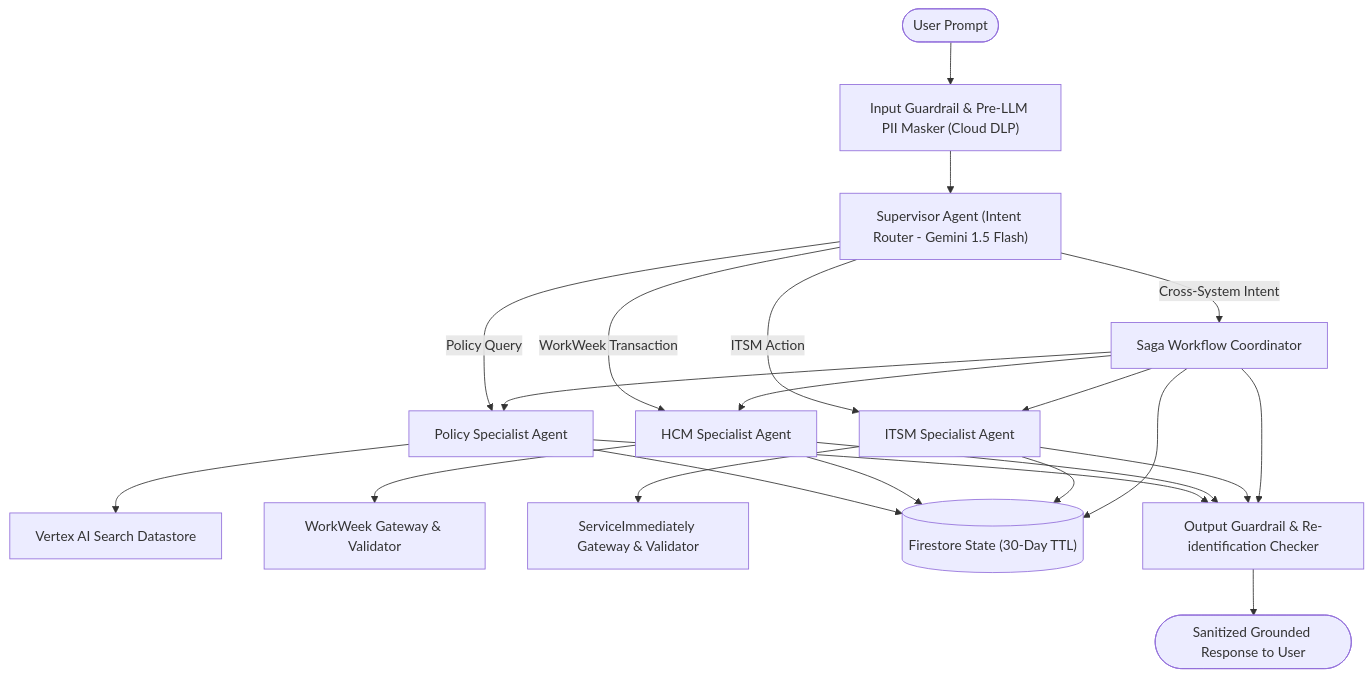
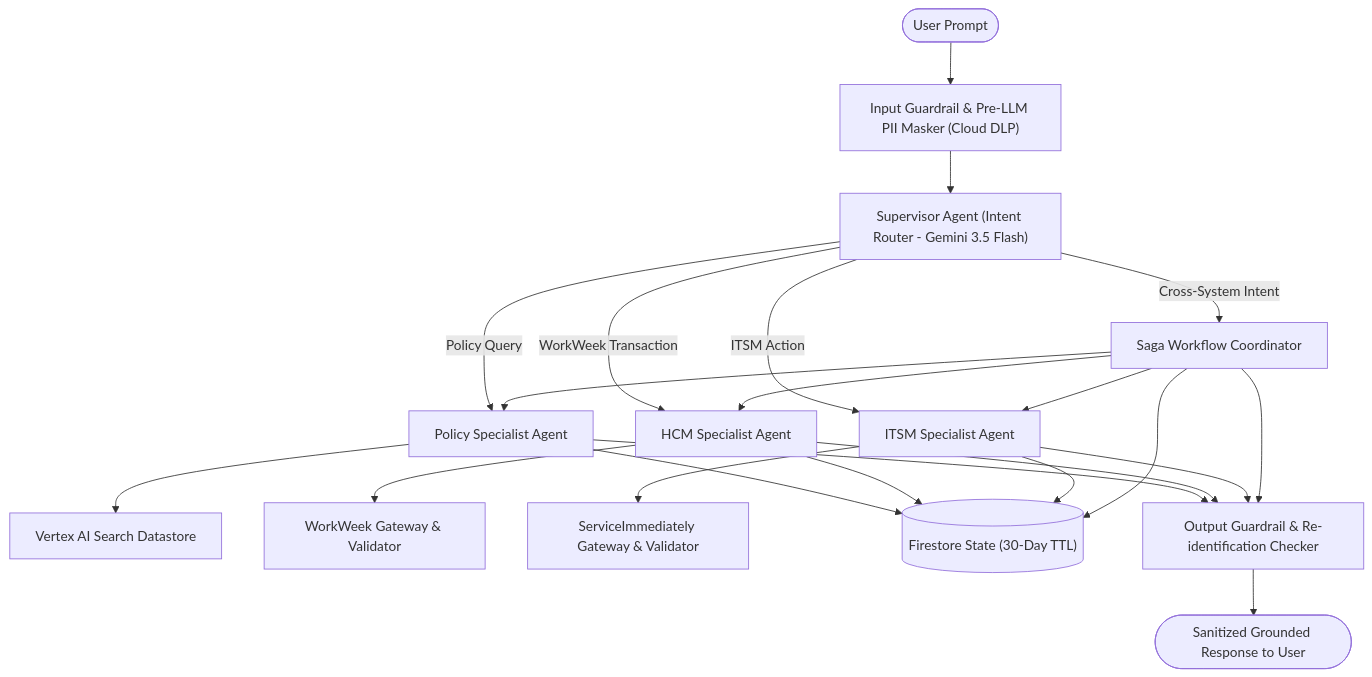
The fourth of 13 diagrams in Enterprise Agentic Solution Design Document - MVP 1.md (randyh0329/PRJ-ELEVATE-C1-G5), drawn with Mermaid before and after one commit. The commit also changed other lines of this file, not shown here.

Commit message:
Change model gemini 1.5 to gemini 3.5 flash

````diff
--- a/Enterprise Agentic Solution Design Document - MVP 1.md
+++ b/Enterprise Agentic Solution Design Document - MVP 1.md
@@ -190,28 +190,28 @@
 ```mermaid
 graph TD
     Input(["User Prompt"]) --> SafeIn["Input Guardrail & Pre-LLM PII Masker (Cloud DLP)"]
-    SafeIn --> Sup["Supervisor Agent (Intent Router - Gemini 1.5 Flash)"]
+    SafeIn --> Sup["Supervisor Agent (Intent Router - Gemini 3.5 Flash)"]
     
     Sup -->|Policy Query| Worker1["Policy Specialist Agent"]
     Sup -->|WorkWeek Transaction| Worker2["HCM Specialist Agent"]
     Sup -->|ITSM Action| Worker3["ITSM Specialist Agent"]
     Sup -->|Cross-System Intent| Worker4["Saga Workflow Coordinator"]
     
     Worker1 --> Tool1["Vertex AI Search Datastore"]
     Worker2 --> Tool2["WorkWeek Gateway & Validator"]
     Worker3 --> Tool3["ServiceImmediately Gateway & Validator"]
     Worker4 --> Worker1
     Worker4 --> Worker2
     Worker4 --> Worker3
     
     Worker1 --> StateStore[("Firestore State (30-Day TTL)")]
     Worker2 --> StateStore
     Worker3 --> StateStore
     Worker4 --> StateStore
     
     Worker1 --> SafeOut["Output Guardrail & Re-identification Checker"]
     Worker2 --> SafeOut
     Worker3 --> SafeOut
     Worker4 --> SafeOut
     SafeOut --> Output(["Sanitized Grounded Response to User"])
 ```
````
